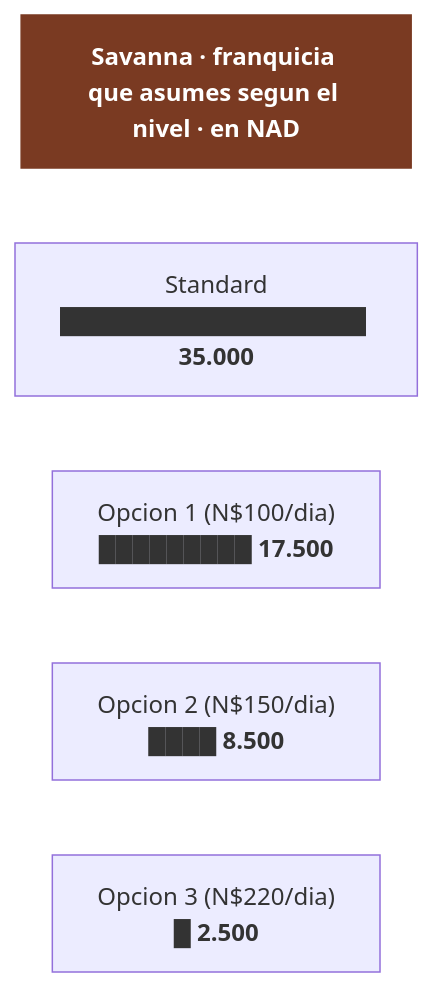
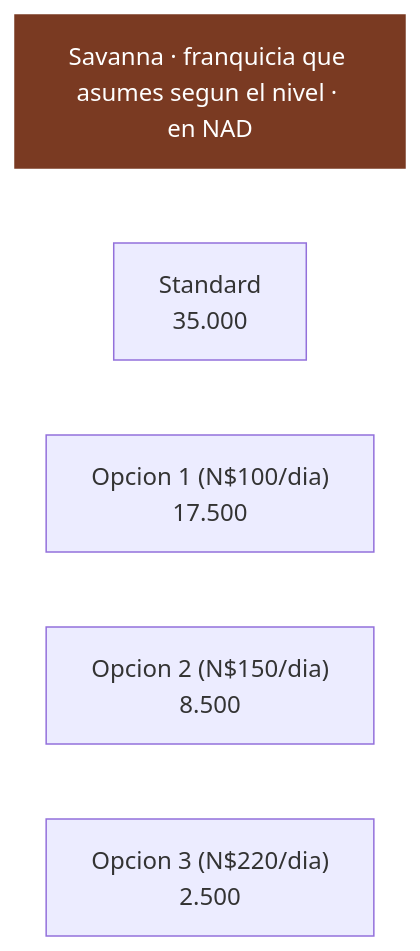
One commit to morandeirachema/namibia changed the second of 3 diagrams in 12-hallazgos-verificados.md. Above: the diagram before and after it, drawn with Mermaid. The commit also changed other lines of this file and 14 other files, not shown here.

Commit message:
Arreglar el renderizado de los diagramas en GitHub: fuera emojis, negritas y barras ASCII de dentro de los nodos, que descuadraban la medida y recortaban el texto

````diff
--- a/12-hallazgos-verificados.md
+++ b/12-hallazgos-verificados.md
@@ -127,13 +127,13 @@
 ```mermaid
 flowchart TD
-    T["<b>Savanna · franquicia que asumes segun el nivel · en NAD</b>"]
-    n0["Standard<br/>██████████████████ <b>35.000</b>"]
-    n1["Opcion 1 (N$100/dia)<br/>█████████ <b>17.500</b>"]
-    n2["Opcion 2 (N$150/dia)<br/>████ <b>8.500</b>"]
-    n3["Opcion 3 (N$220/dia)<br/>█ <b>2.500</b>"]
+    T["Savanna · franquicia que asumes segun el nivel · en NAD"]
+    n0["Standard<br/>35.000"]
+    n1["Opcion 1 (N$100/dia)<br/>17.500"]
+    n2["Opcion 2 (N$150/dia)<br/>8.500"]
+    n3["Opcion 3 (N$220/dia)<br/>2.500"]
     T ~~~ n0
     n0 ~~~ n1
     n1 ~~~ n2
     n2 ~~~ n3
     style T fill:#7a3a22,color:#fff,stroke:#7a3a22
 ```
````
